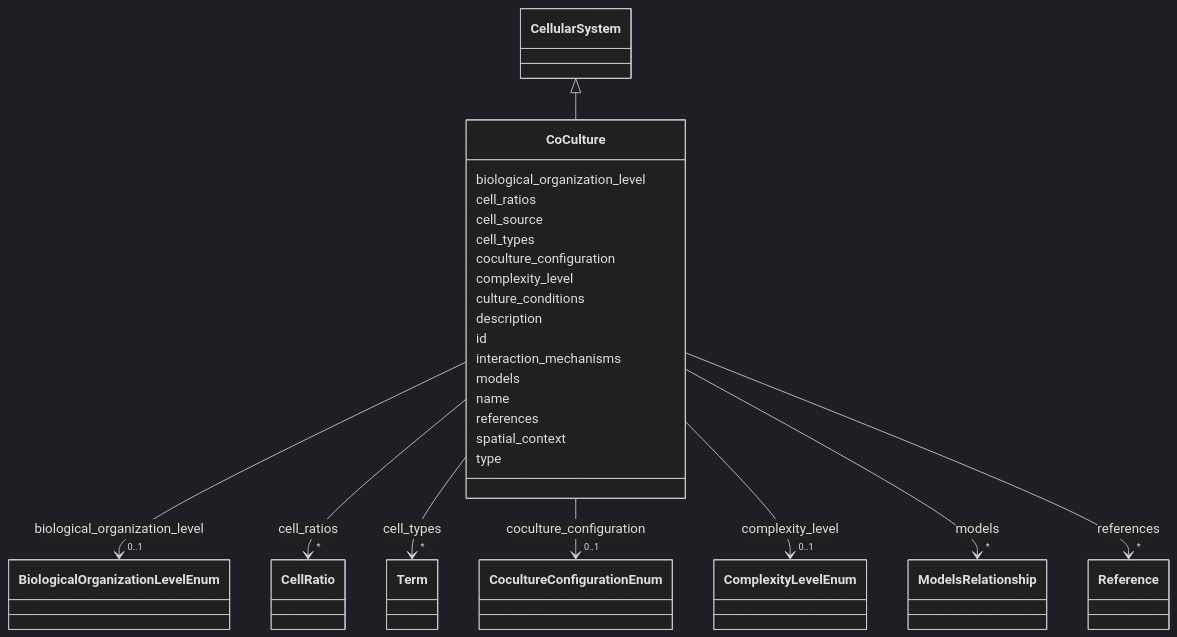
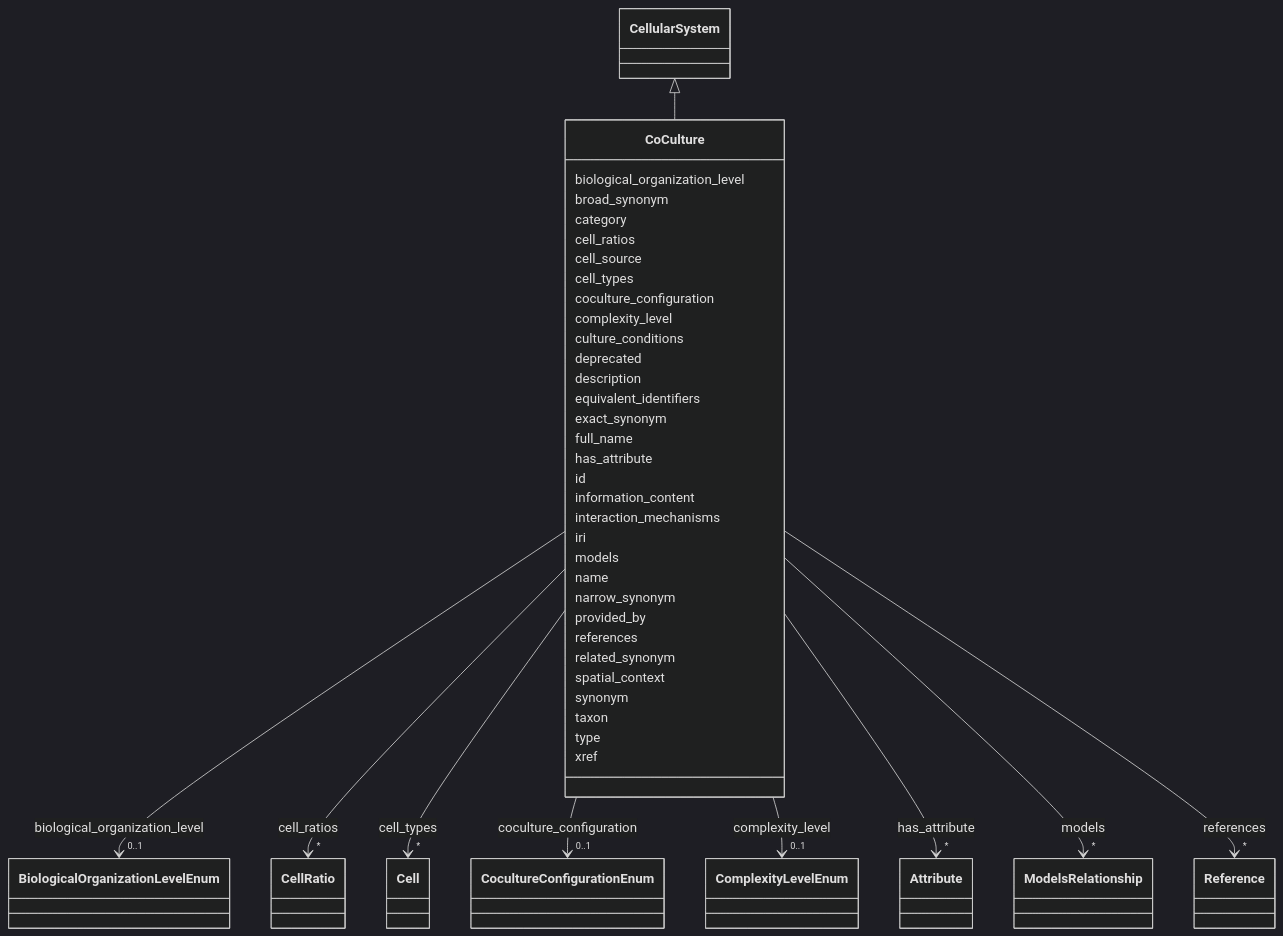
One commit to monarch-initiative/namo changed the diagram in docs/elements/CoCulture.md. Above: the diagram before and after it, drawn with Mermaid (dark theme). The commit also changed other lines of this file and 1232 other files, not shown here.

````diff
--- a/docs/elements/CoCulture.md
+++ b/docs/elements/CoCulture.md
@@ -32,6 +37,10 @@
         click BiologicalOrganizationLevelEnum href "../BiologicalOrganizationLevelEnum/"
     
 
+        
+      CoCulture : broad_synonym
+        
+      CoCulture : category
         
       CoCulture : cell_ratios
         
@@ -52,8 +61,8 @@
     
         
         
-        CoCulture --> "*" Term : cell_types
-        click Term href "../Term/"
+        CoCulture --> "*" Cell : cell_types
+        click Cell href "../Cell/"
     
 
         
@@ -81,11 +90,34 @@
         
       CoCulture : culture_conditions
         
+      CoCulture : deprecated
+        
       CoCulture : description
+        
+      CoCulture : equivalent_identifiers
+        
+      CoCulture : exact_synonym
+        
+      CoCulture : full_name
+        
+      CoCulture : has_attribute
+        
+          
+    
+        
+        
+        CoCulture --> "*" Attribute : has_attribute
+        click Attribute href "../Attribute/"
+    
+
         
       CoCulture : id
         
+      CoCulture : information_content
+        
       CoCulture : interaction_mechanisms
+        
+      CoCulture : iri
         
       CoCulture : models
         
@@ -100,6 +132,10 @@
         
       CoCulture : name
         
+      CoCulture : narrow_synonym
+        
+      CoCulture : provided_by
+        
       CoCulture : references
         
           
@@ -111,9 +147,17 @@
     
 
         
+      CoCulture : related_synonym
+        
       CoCulture : spatial_context
+        
+      CoCulture : synonym
+        
+      CoCulture : taxon
         
       CoCulture : type
         
+      CoCulture : xref
+        
       
 ```
````
